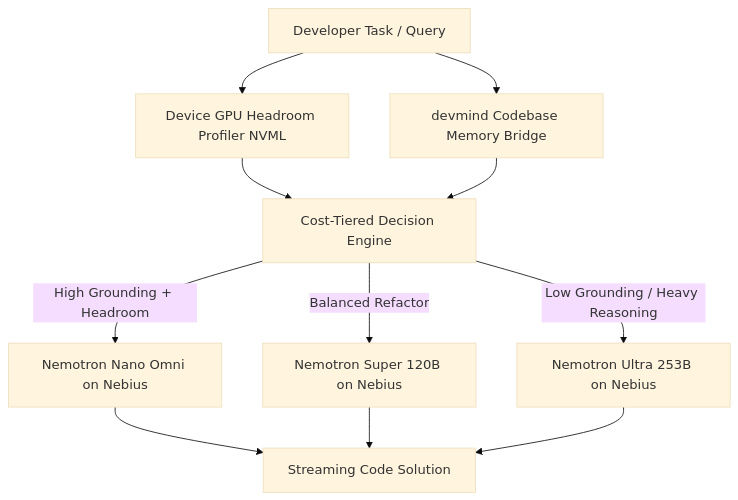
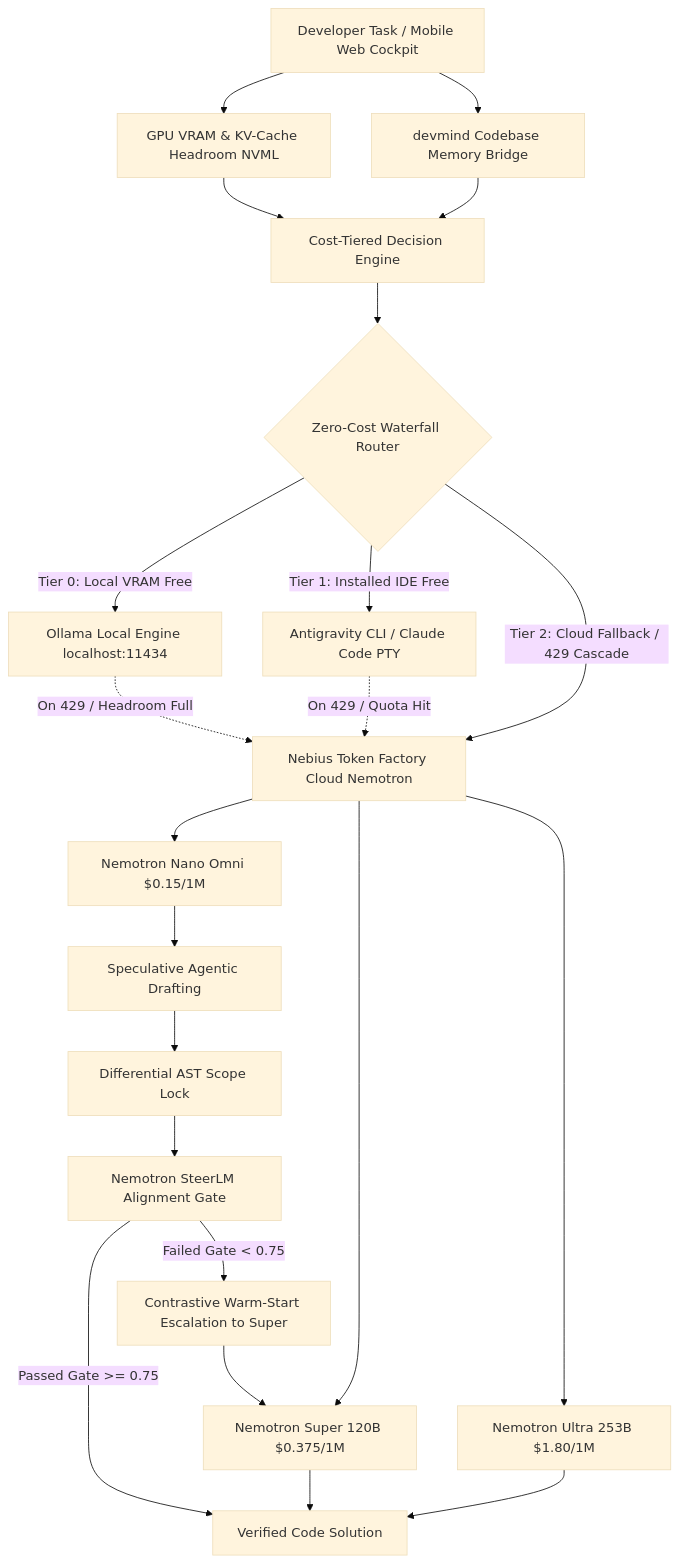
The diagram in README.md (Anishp-cell/Just-Enough-AI), drawn with Mermaid (base theme) before and after one commit. The commit also changed other lines of this file and 2 other files, not shown here.

````diff
--- a/README.md
+++ b/README.md
@@ -21,13 +36,32 @@
 ```mermaid
 graph TD
-    UserPrompt[Developer Task / Query] --> Headroom[Device GPU Headroom Profiler NVML]
+    UserPrompt[Developer Task / Mobile Web Cockpit] --> Headroom[GPU VRAM & KV-Cache Headroom NVML]
     UserPrompt --> MemoryBridge[devmind Codebase Memory Bridge]
+    
     Headroom --> DecisionEngine[Cost-Tiered Decision Engine]
     MemoryBridge --> DecisionEngine
-    DecisionEngine -->|High Grounding + Headroom| Nano[Nemotron Nano Omni on Nebius]
-    DecisionEngine -->|Balanced Refactor| Super[Nemotron Super 120B on Nebius]
-    DecisionEngine -->|Low Grounding / Heavy Reasoning| Ultra[Nemotron Ultra 253B on Nebius]
-    Nano --> StreamOut[Streaming Code Solution]
-    Super --> StreamOut
-    Ultra --> StreamOut
+    
+    DecisionEngine --> ProviderCascade{Zero-Cost Waterfall Router}
+    
+    ProviderCascade -->|Tier 0: Local VRAM Free| Ollama[Ollama Local Engine localhost:11434]
+    ProviderCascade -->|Tier 1: Installed IDE Free| Antigravity[Antigravity CLI / Claude Code PTY]
+    ProviderCascade -->|Tier 2: Cloud Fallback / 429 Cascade| Nebius[Nebius Token Factory Cloud Nemotron]
+    
+    Ollama -.->|On 429 / Headroom Full| Nebius
+    Antigravity -.->|On 429 / Quota Hit| Nebius
+    
+    Nebius --> Nano[Nemotron Nano Omni $0.15/1M]
+    Nebius --> Super[Nemotron Super 120B $0.375/1M]
+    Nebius --> Ultra[Nemotron Ultra 253B $1.80/1M]
+    
+    Nano --> SpecDraft[Speculative Agentic Drafting]
+    SpecDraft --> ASTLock[Differential AST Scope Lock]
+    ASTLock --> SteerGate[Nemotron SteerLM Alignment Gate]
+    
+    SteerGate -->|Passed Gate >= 0.75| VerifiedOutput[Verified Code Solution]
+    SteerGate -->|Failed Gate < 0.75| WarmStart[Contrastive Warm-Start Escalation to Super]
+    WarmStart --> Super
+    
+    Super --> VerifiedOutput
+    Ultra --> VerifiedOutput
 ```
````
